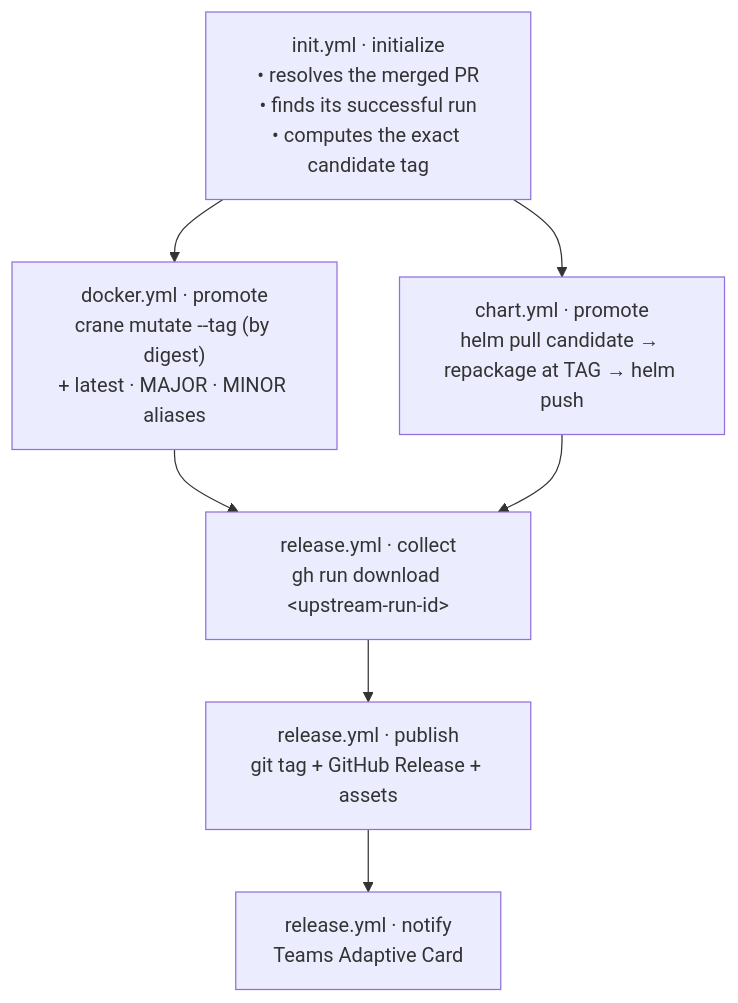
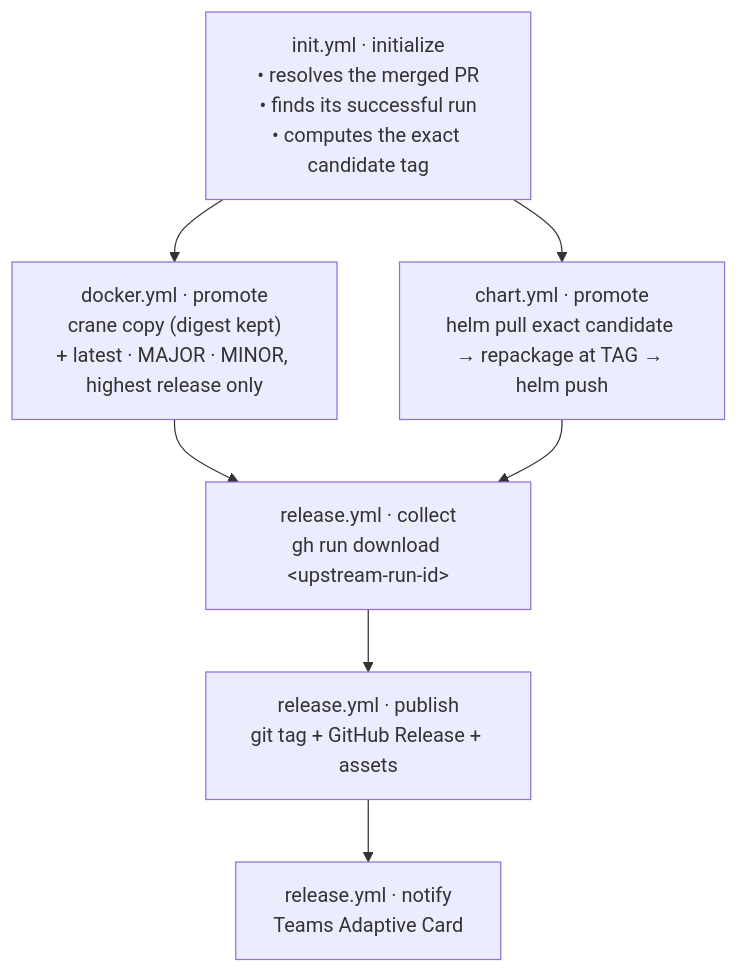
One commit to grootan-devops/github-ci-library changed the fourth of 6 diagrams in docs/pipeline-lifecycle.md. Above: the diagram before and after it, drawn with Mermaid. The commit also changed other lines of this file and 40 other files, not shown here.

````diff
--- a/docs/pipeline-lifecycle.md
+++ b/docs/pipeline-lifecycle.md
@@ -325,10 +327,10 @@
 ```mermaid
 flowchart TD
     INIT["init.yml · initialize<br/>• resolves the merged PR<br/>• finds its successful run<br/>• computes the exact candidate tag"]
-    INIT --> IP["docker.yml · promote<br/>crane mutate --tag (by digest)<br/>+ latest · MAJOR · MINOR aliases"]
-    INIT --> CP["chart.yml · promote<br/>helm pull candidate → repackage at TAG → helm push"]
+    INIT --> IP["docker.yml · promote<br/>crane copy (digest kept)<br/>+ latest · MAJOR · MINOR, highest release only"]
+    INIT --> CP["chart.yml · promote<br/>helm pull exact candidate → repackage at TAG → helm push"]
     IP --> RC["release.yml · collect<br/>gh run download &lt;upstream-run-id&gt;"]
     CP --> RC
     RC --> RP["release.yml · publish<br/>git tag + GitHub Release + assets"]
     RP --> RN["release.yml · notify<br/>Teams Adaptive Card"]
 ```
````
